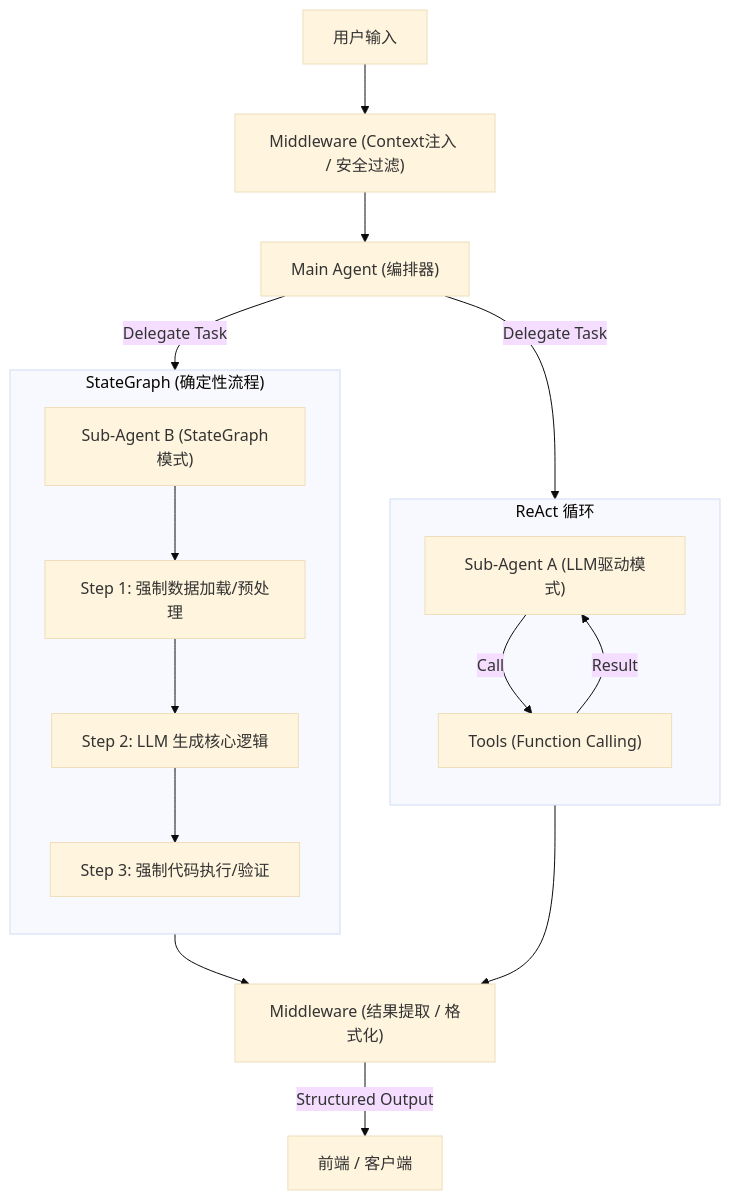
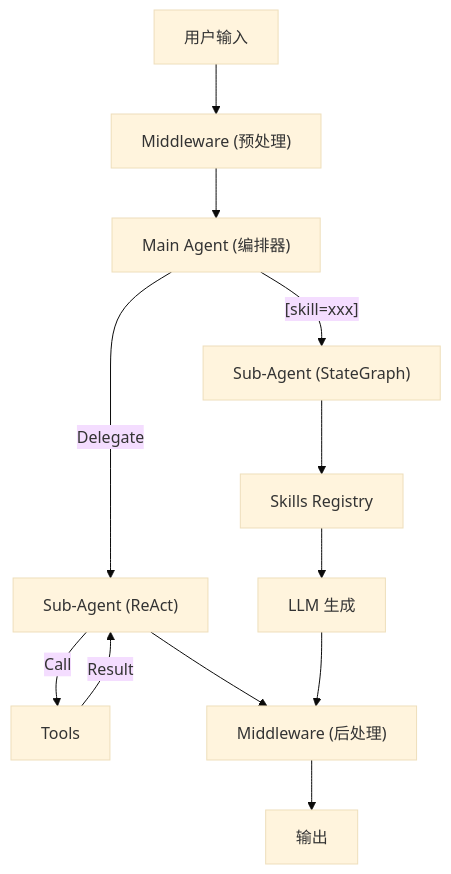
Before and after one commit to claudehotline-cn/cv: the diagram in docs/references/deep_agent_best_practices.md, drawn with Mermaid (base theme). The commit also changed other lines of this file and 1 other file, not shown here.

Commit message:
docs: add Skills Pattern section, update architecture diagram, fix pie chart label format

````diff
--- a/docs/references/deep_agent_best_practices.md
+++ b/docs/references/deep_agent_best_practices.md
@@ -131,30 +160,20 @@
 ```mermaid
 graph TD
-    User["用户输入"] --> MiddlewareIn["Middleware (Context注入 / 安全过滤)"]
+    User["用户输入"] --> MiddlewareIn["Middleware (预处理)"]
     MiddlewareIn --> Orchestrator["Main Agent (编排器)"]
     
-    %% 分支 1: 灵活型子智能体 (ReAct Loop)
-    Orchestrator -->|Delegate Task| AgileAgent["Sub-Agent A (LLM驱动模式)"]
+    %% 模式 1: LLM 驱动模式
+    Orchestrator -->|Delegate| AgileAgent["Sub-Agent (ReAct)"]
+    AgileAgent -->|"Call"| Tools["Tools"]
+    Tools -->|"Result"| AgileAgent
     
-    subgraph ReAct["ReAct 循环"]
-        direction TB
-        AgileAgent --"Call"--> Tools["Tools (Function Calling)"]
-        Tools --"Result"--> AgileAgent
-    end
-    
-    %% 分支 2: 固化型子智能体 (StateGraph)
-    Orchestrator -->|Delegate Task| RobustAgent["Sub-Agent B (StateGraph模式)"]
-    
-    subgraph SG["StateGraph (确定性流程)"]
-        direction TB
-        RobustAgent --> Step1["Step 1: 强制数据加载/预处理"]
-        Step1 --> Step2["Step 2: LLM 生成核心逻辑"]
-        Step2 --> Step3["Step 3: 强制代码执行/验证"]
-    end
+    %% 模式 2: StateGraph + Skills
+    Orchestrator -->|"[skill=xxx]"| FixedAgent["Sub-Agent (StateGraph)"]
+    FixedAgent --> SkillRegistry["Skills Registry"]
+    SkillRegistry --> LLMStep["LLM 生成"]
     
     %% 结果汇聚
     AgileAgent --> MiddlewareOut
-    Step3 --> MiddlewareOut
-    
-    MiddlewareOut["Middleware (结果提取 / 格式化)"] -->|"Structured Output"| Frontend["前端 / 客户端"]
+    LLMStep --> MiddlewareOut
+    MiddlewareOut["Middleware (后处理)"] --> Frontend["输出"]
 ```
````
